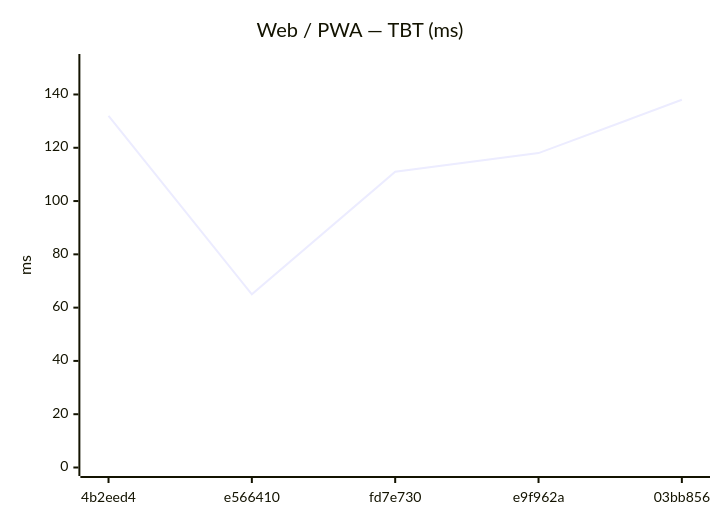
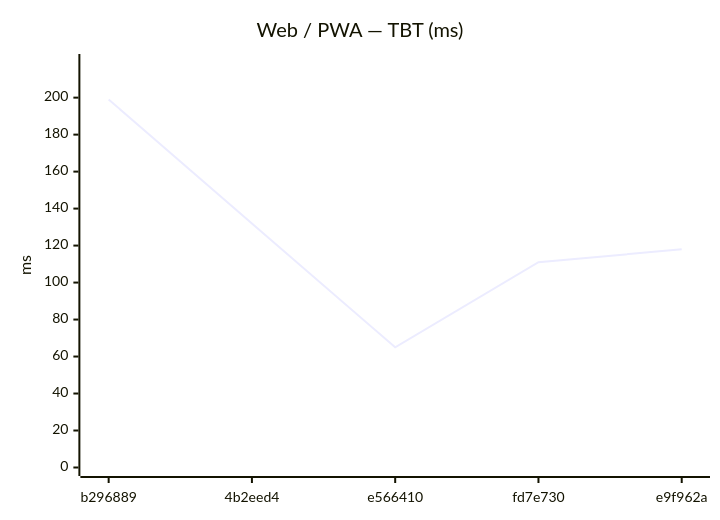
Before and after one commit to Metaheurist/Rianell: the eighth of 18 diagrams in benchmarks/compare.md, drawn with Mermaid. The commit also changed other lines of this file and 11 other files, not shown here.

````diff
--- a/benchmarks/compare.md
+++ b/benchmarks/compare.md
@@ -124,7 +124,7 @@
 ```mermaid
 xychart-beta
     title "Web / PWA — TBT (ms)"
-    x-axis ["4b2eed4", "e566410", "fd7e730", "e9f962a", "03bb856"]
-    y-axis "ms" 0 --> 152
-    line [132, 65, 111, 118, 138]
+    x-axis ["b296889", "4b2eed4", "e566410", "fd7e730", "e9f962a"]
+    y-axis "ms" 0 --> 219
+    line [199, 132, 65, 111, 118]
 ```
````
